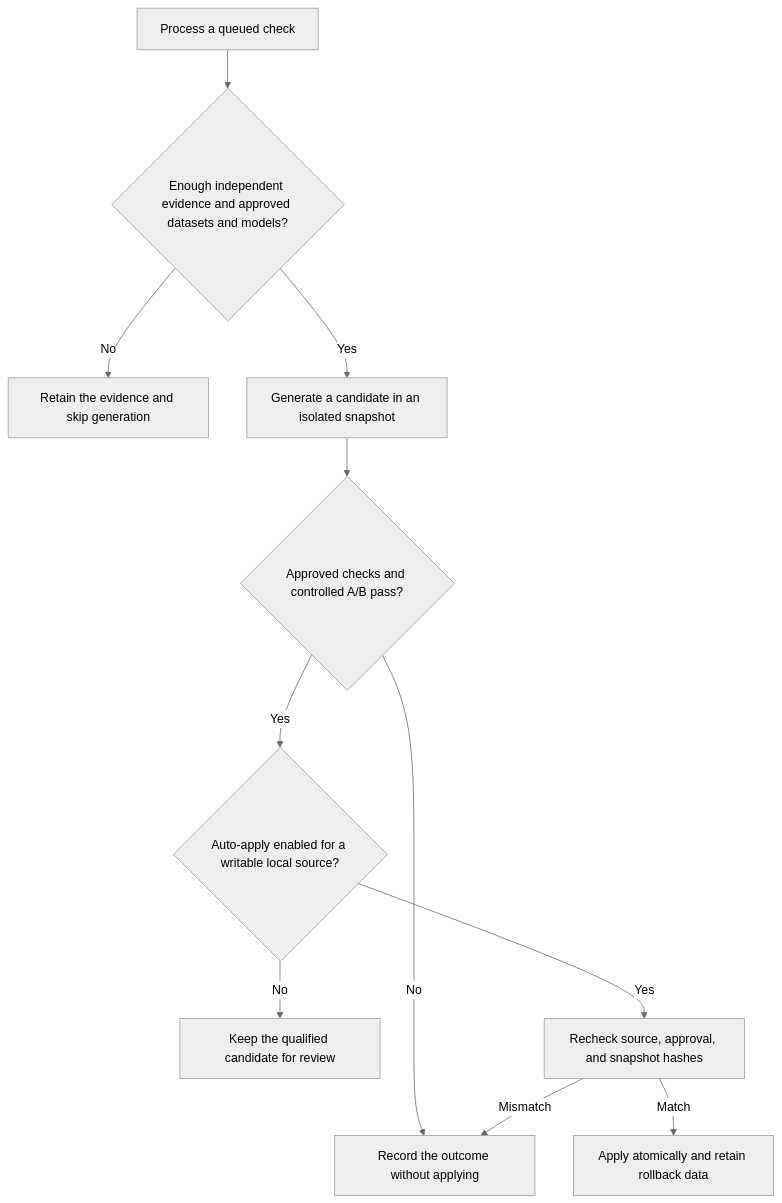
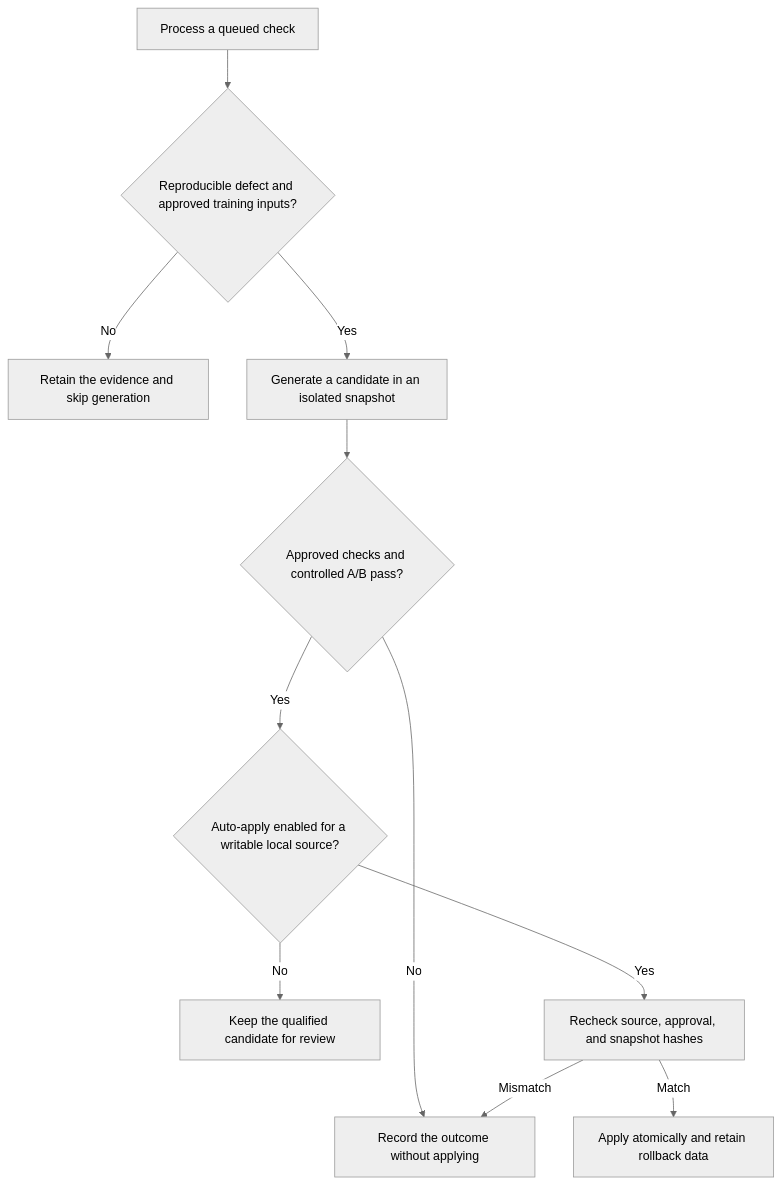
Before and after one commit to pnpwin/skillcraft: the fourth of 5 diagrams in plugins/skillcraft/skills/skillcraft/references/workflows.md, drawn with Mermaid (neutral theme). The commit also changed other lines of this file and 32 other files, not shown here.

````diff
--- a/plugins/skillcraft/skills/skillcraft/references/workflows.md
+++ b/plugins/skillcraft/skills/skillcraft/references/workflows.md
@@ -92,13 +92,13 @@
 ```mermaid
 flowchart TD
-    A["Process a queued check"] --> B{"Enough independent evidence and approved datasets and models?"}
+    A["Process a queued check"] --> B{"Reproducible defect and approved training inputs?"}
     B -->|No| C["Retain the evidence and skip generation"]
     B -->|Yes| D["Generate a candidate in an isolated snapshot"]
     D --> E{"Approved checks and controlled A/B pass?"}
     E -->|No| F["Record the outcome without applying"]
     E -->|Yes| G{"Auto-apply enabled for a writable local source?"}
     G -->|No| H["Keep the qualified candidate for review"]
     G -->|Yes| I["Recheck source, approval, and snapshot hashes"]
     I -->|Match| J["Apply atomically and retain rollback data"]
     I -->|Mismatch| F
 ```
````
